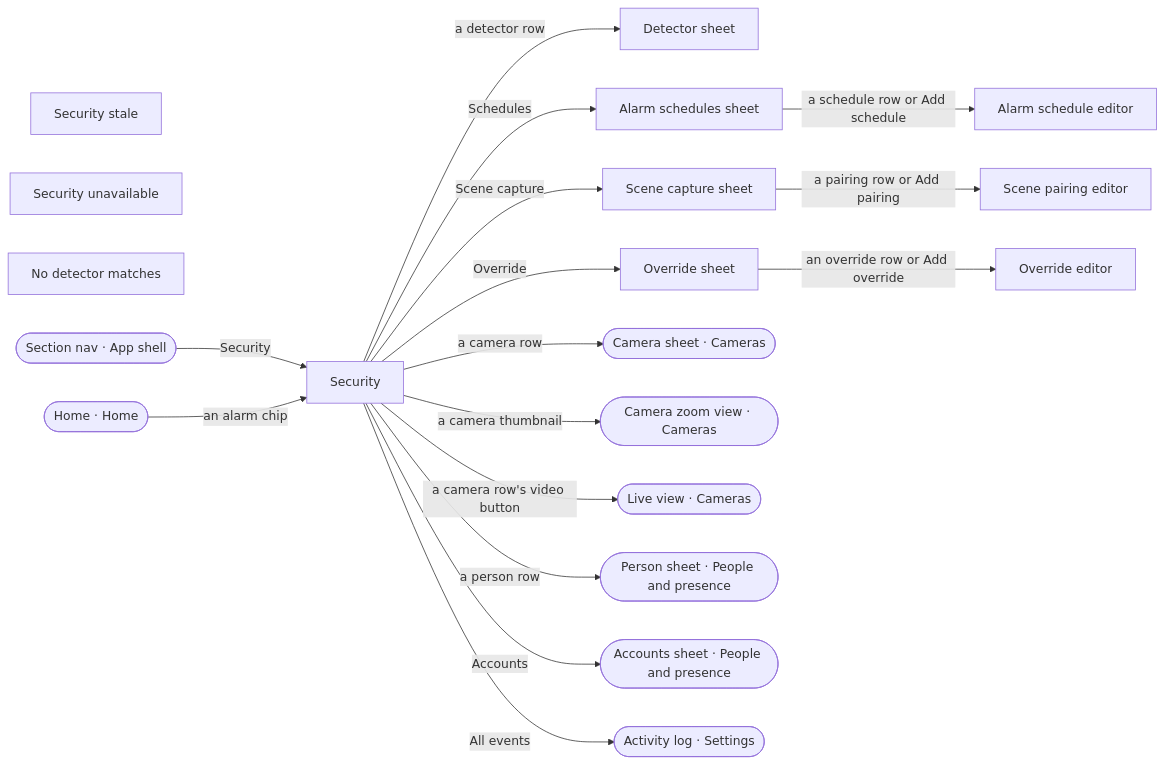
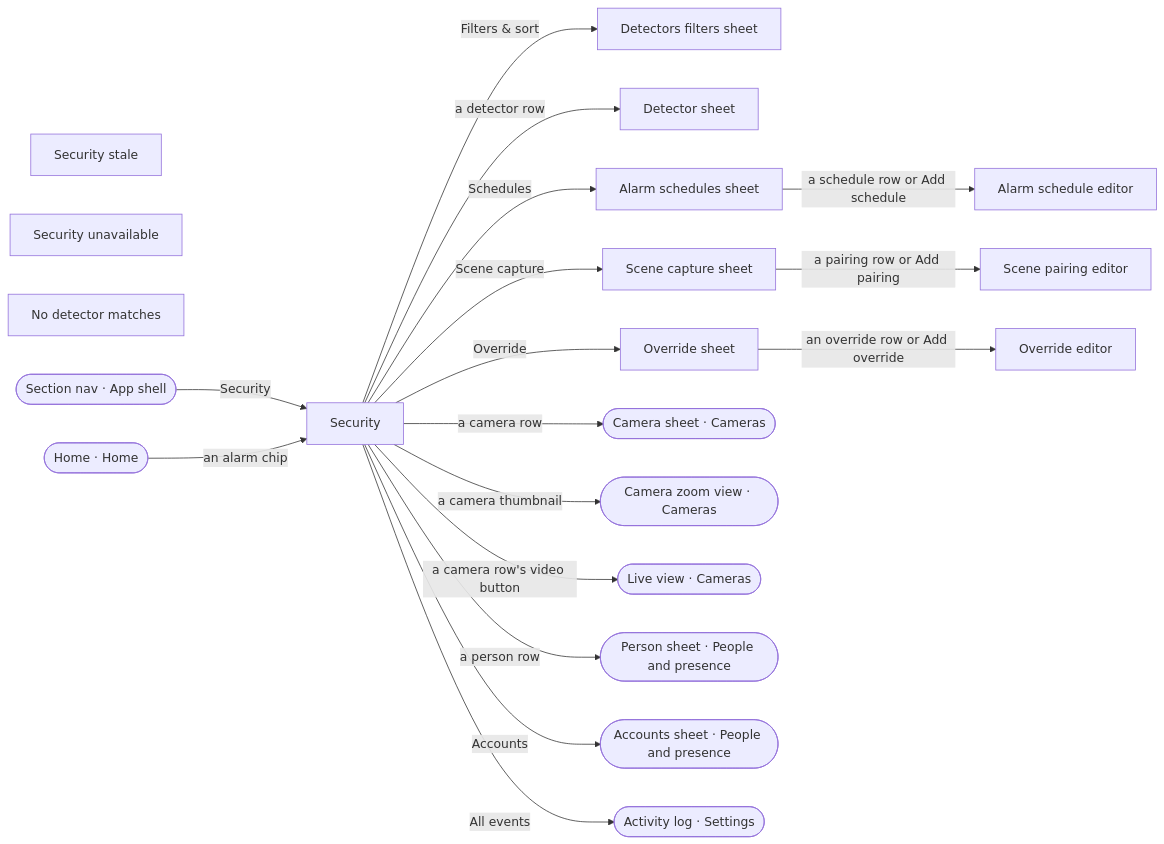
The seventh of 10 diagrams in docs/ux-surface-map.md (ferraroroberto/home-automation), drawn with Mermaid before and after one commit. The commit also changed other lines of this file and 22 other files, not shown here.

First line of the commit message:
feat: one Filters & sort sheet each for Energy History and Security Detectors (#1225)

````diff
--- a/docs/ux-surface-map.md
+++ b/docs/ux-surface-map.md
@@ -1041,37 +1057,39 @@
 ```mermaid
 flowchart LR
-  s45["Security"]
-  s46["Detector sheet"]
-  s47["Alarm schedules sheet"]
-  s48["Alarm schedule editor"]
-  s49["Scene capture sheet"]
-  s50["Scene pairing editor"]
-  s51["Override sheet"]
-  s52["Override editor"]
-  s105["Security stale"]
-  s106["Security unavailable"]
-  s107["No detector matches"]
+  s46["Security"]
+  s47["Detectors filters sheet"]
+  s48["Detector sheet"]
+  s49["Alarm schedules sheet"]
+  s50["Alarm schedule editor"]
+  s51["Scene capture sheet"]
+  s52["Scene pairing editor"]
+  s53["Override sheet"]
+  s54["Override editor"]
+  s107["Security stale"]
+  s108["Security unavailable"]
+  s109["No detector matches"]
   s0(["Section nav · App shell"])
   s10(["Home · Home"])
-  s53(["Camera sheet · Cameras"])
-  s55(["Camera zoom view · Cameras"])
-  s54(["Live view · Cameras"])
-  s58(["Person sheet · People and presence"])
-  s59(["Accounts sheet · People and presence"])
-  s77(["Activity log · Settings"])
-  s0 -->|"Security"| s45
-  s10 -->|"an alarm chip"| s45
-  s45 -->|"a detector row"| s46
-  s45 -->|"a camera row"| s53
-  s45 -->|"a camera thumbnail"| s55
-  s45 -->|"a camera row's video button"| s54
-  s45 -->|"a person row"| s58
-  s45 -->|"Accounts"| s59
-  s45 -->|"All events"| s77
-  s45 -->|"Schedules"| s47
-  s45 -->|"Scene capture"| s49
-  s45 -->|"Override"| s51
-  s47 -->|"a schedule row or Add schedule"| s48
-  s49 -->|"a pairing row or Add pairing"| s50
-  s51 -->|"an override row or Add override"| s52
+  s55(["Camera sheet · Cameras"])
+  s57(["Camera zoom view · Cameras"])
+  s56(["Live view · Cameras"])
+  s60(["Person sheet · People and presence"])
+  s61(["Accounts sheet · People and presence"])
+  s79(["Activity log · Settings"])
+  s0 -->|"Security"| s46
+  s10 -->|"an alarm chip"| s46
+  s46 -->|"a detector row"| s48
+  s46 -->|"Filters & sort"| s47
+  s46 -->|"a camera row"| s55
+  s46 -->|"a camera thumbnail"| s57
+  s46 -->|"a camera row's video button"| s56
+  s46 -->|"a person row"| s60
+  s46 -->|"Accounts"| s61
+  s46 -->|"All events"| s79
+  s46 -->|"Schedules"| s49
+  s46 -->|"Scene capture"| s51
+  s46 -->|"Override"| s53
+  s49 -->|"a schedule row or Add schedule"| s50
+  s51 -->|"a pairing row or Add pairing"| s52
+  s53 -->|"an override row or Add override"| s54
 ```
````
